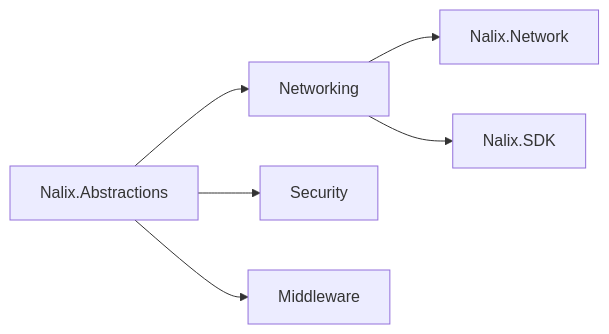
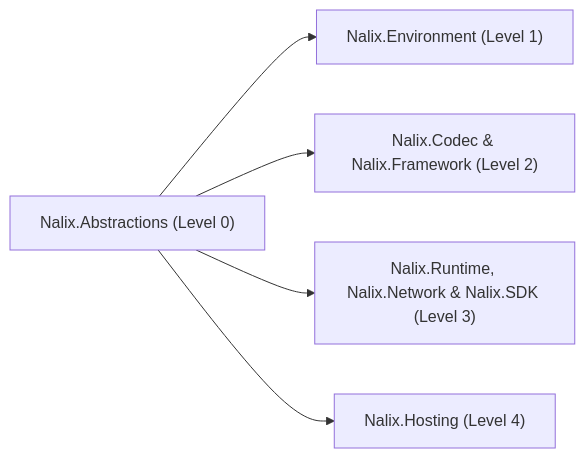
Before and after one commit to ppn-systems/nalix-docs: the diagram in src/content/docs/en-us/packages/nalix-abstractions.md, drawn with Mermaid. The commit also changed other lines of this file and 180 other files, not shown here.

````diff
--- a/src/content/docs/en-us/packages/nalix-abstractions.md
+++ b/src/content/docs/en-us/packages/nalix-abstractions.md
@@ -12,8 +16,7 @@
 ```mermaid
 flowchart LR
-    A["Nalix.Abstractions"] --> B["Networking"]
-    A --> C["Security"]
-    A --> D["Middleware"]
-    B --> E["Nalix.Network"]
-    B --> F["Nalix.SDK"]
+    A["Nalix.Abstractions (Level 0)"] --> B["Nalix.Environment (Level 1)"]
+    A --> C["Nalix.Codec & Nalix.Framework (Level 2)"]
+    A --> D["Nalix.Runtime, Nalix.Network & Nalix.SDK (Level 3)"]
+    A --> E["Nalix.Hosting (Level 4)"]
 ```
````
